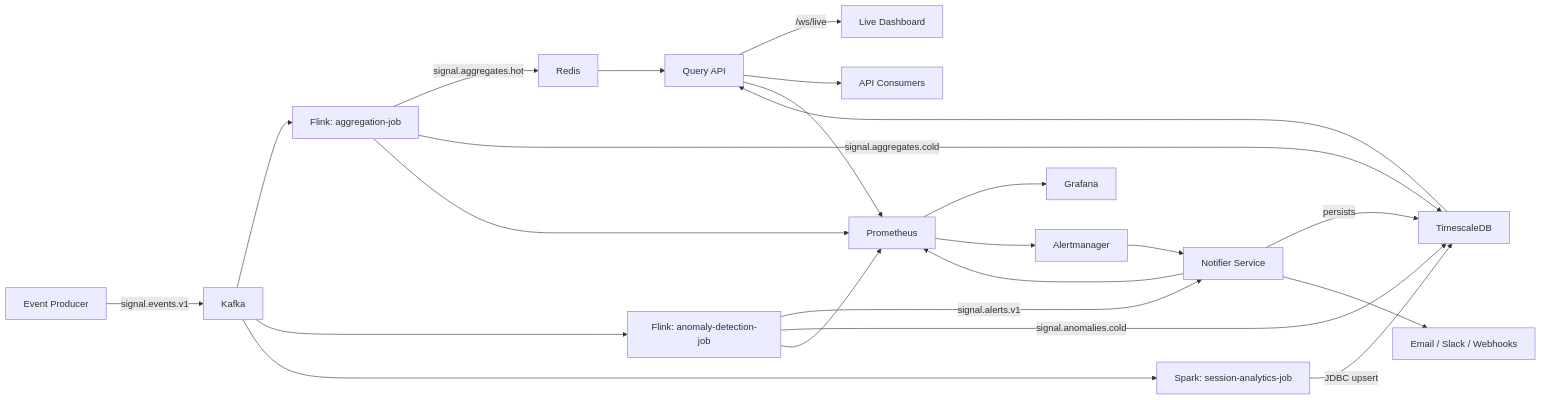
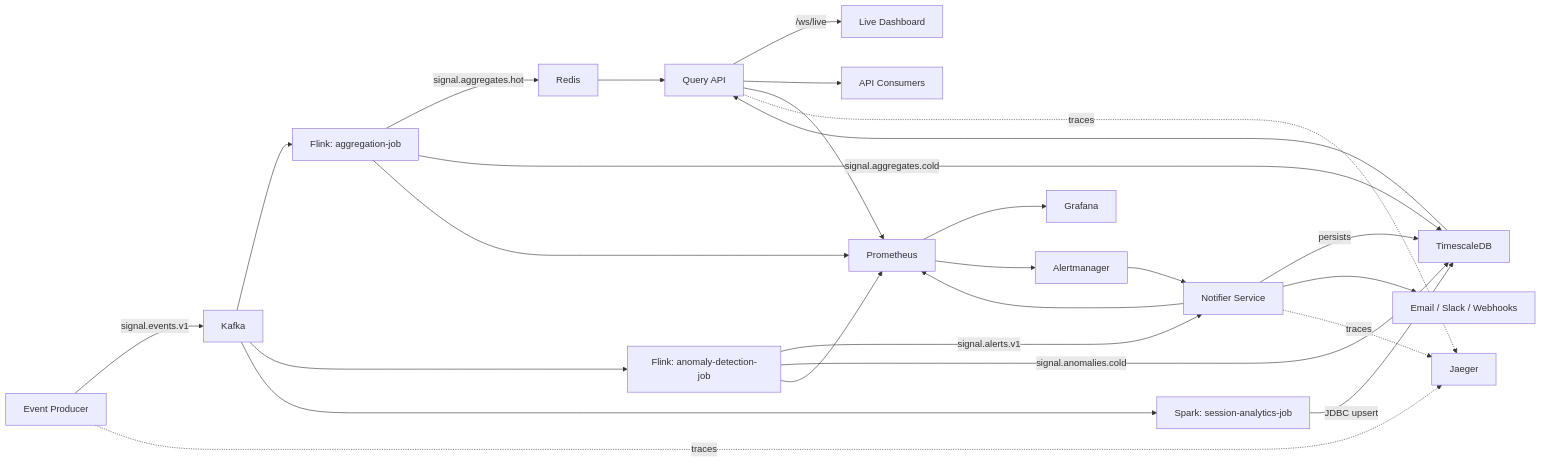
One commit to viharireddy2-byte/Realtime-signal-intelligence-platform changed the diagram in README.md. Above: the diagram before and after it, drawn with Mermaid. The commit also changed other lines of this file and 6 other files, not shown here.

````diff
--- a/README.md
+++ b/README.md
@@ -31,25 +49,28 @@
 ```mermaid
 flowchart LR
     A[Event Producer] -->|signal.events.v1| B[Kafka]
     B --> C[Flink: aggregation-job]
     B --> D[Flink: anomaly-detection-job]
     B --> E[Spark: session-analytics-job]
     C -->|signal.aggregates.hot| F[Redis]
     C -->|signal.aggregates.cold| G[TimescaleDB]
     D -->|signal.alerts.v1| H[Notifier Service]
     D -->|signal.anomalies.cold| G
     E -->|JDBC upsert| G
     H -->|persists| G
     F --> I[Query API]
     G --> I
     I -->|/ws/live| J[Live Dashboard]
     I --> K[API Consumers]
     H --> L[Email / Slack / Webhooks]
     C --> M[Prometheus]
     D --> M
     I --> M
     H --> M
     M --> N[Grafana]
     M --> O[Alertmanager]
     O --> H
+    A -.->|traces| P[Jaeger]
+    I -.->|traces| P
+    H -.->|traces| P
 ```
````
